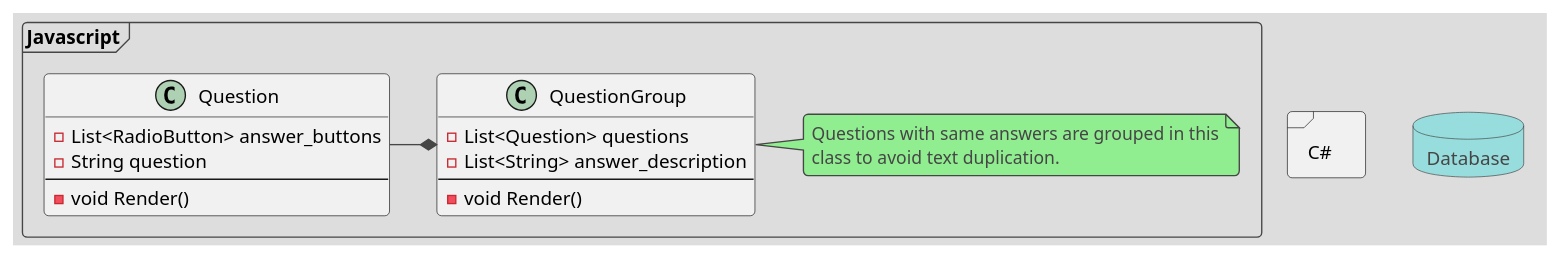
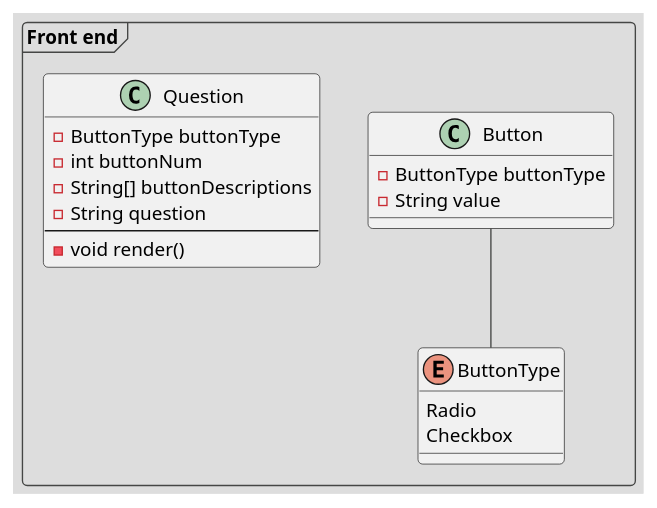
Before and after one commit to IGabrielIli/OnlineAssessment-Gr3: the diagram in uml_plan.puml, drawn with PlantUML. The commit also changed 2 other files, not shown here.

Commit message:
prototype checkbox grouping in classes

```diff
--- a/uml_plan.puml
+++ b/uml_plan.puml
@@ -1,25 +1,23 @@
 @startuml ADOPSE_uml
 !theme toy
-frame "Javascript" {
+frame "Front end" {
+  enum ButtonType {
+    Radio
+    Checkbox
+  }
+  class Button {
+    -ButtonType buttonType
+    -String value
+
+  }
   class Question {
-    -List<RadioButton> answer_buttons
+    -ButtonType buttonType
+    -int buttonNum
+    -String[] buttonDescriptions
     -String question
     ---
-    -void Render()
+    -void render()
   }
-  class QuestionGroup {
-    -List<Question> questions
-    -List<String> answer_description
-    ---
-    -void Render()
-  }
-  note right : Questions with same answers are grouped in this\nclass to avoid text duplication.
-  Question -* QuestionGroup
-}
-frame "C#" {
-
-}
-database "Database" {
-  
+  ButtonType -up- Button
 }
 @enduml
```
